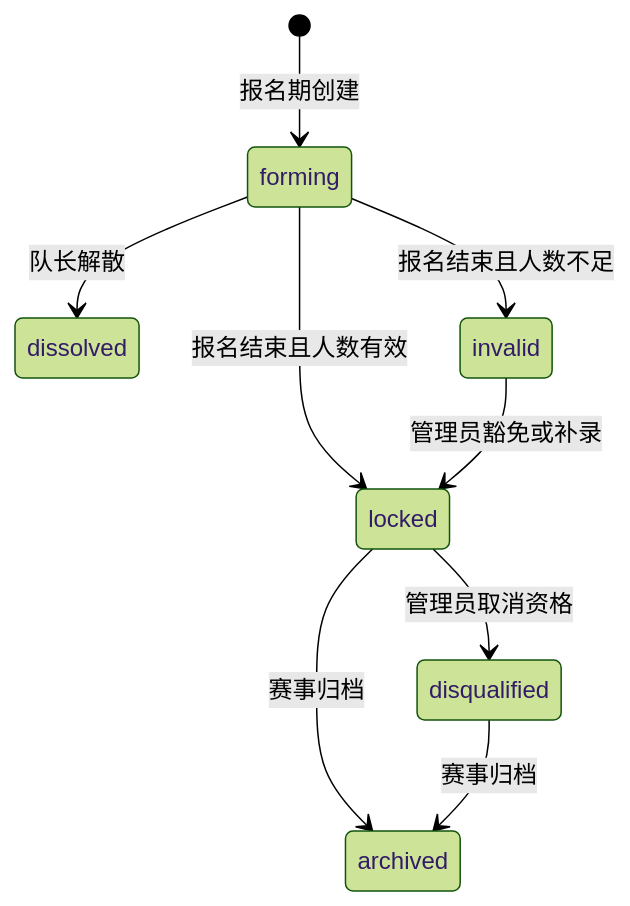
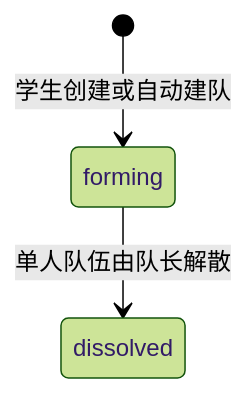
The second of 2 diagrams in .agents/docs/01-product-requirements.md (CosmosMount/homework_system), drawn with Mermaid (forest theme) before and after one commit. The commit also changed other lines of this file and 23 other files, not shown here.

````diff
--- a/.agents/docs/01-product-requirements.md
+++ b/.agents/docs/01-product-requirements.md
@@ -95,11 +89,5 @@
-```mermaid
+~~~mermaid
 stateDiagram-v2
-    [*] --> forming: 报名期创建
-    forming --> dissolved: 队长解散
-    forming --> locked: 报名结束且人数有效
-    forming --> invalid: 报名结束且人数不足
-    invalid --> locked: 管理员豁免或补录
-    locked --> disqualified: 管理员取消资格
-    locked --> archived: 赛事归档
-    disqualified --> archived: 赛事归档
-```
+    [*] --> forming: 学生创建或自动建队
+    forming --> dissolved: 单人队伍由队长解散
+~~~
````
